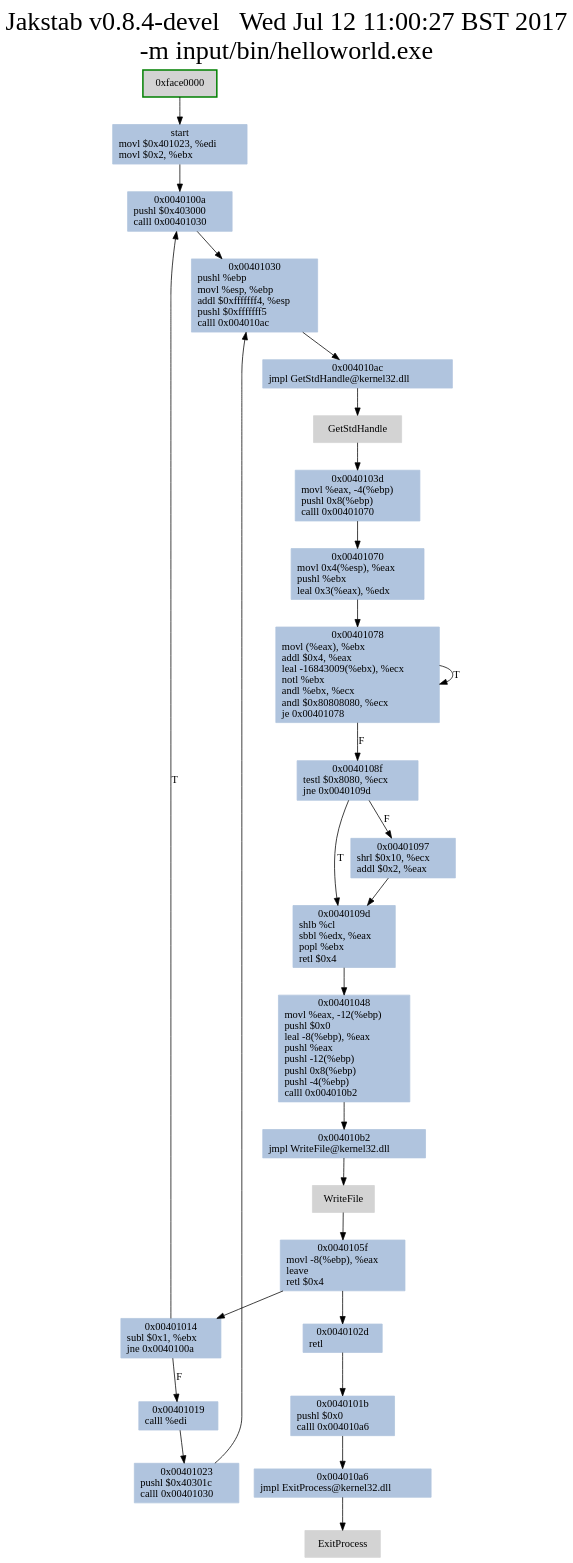
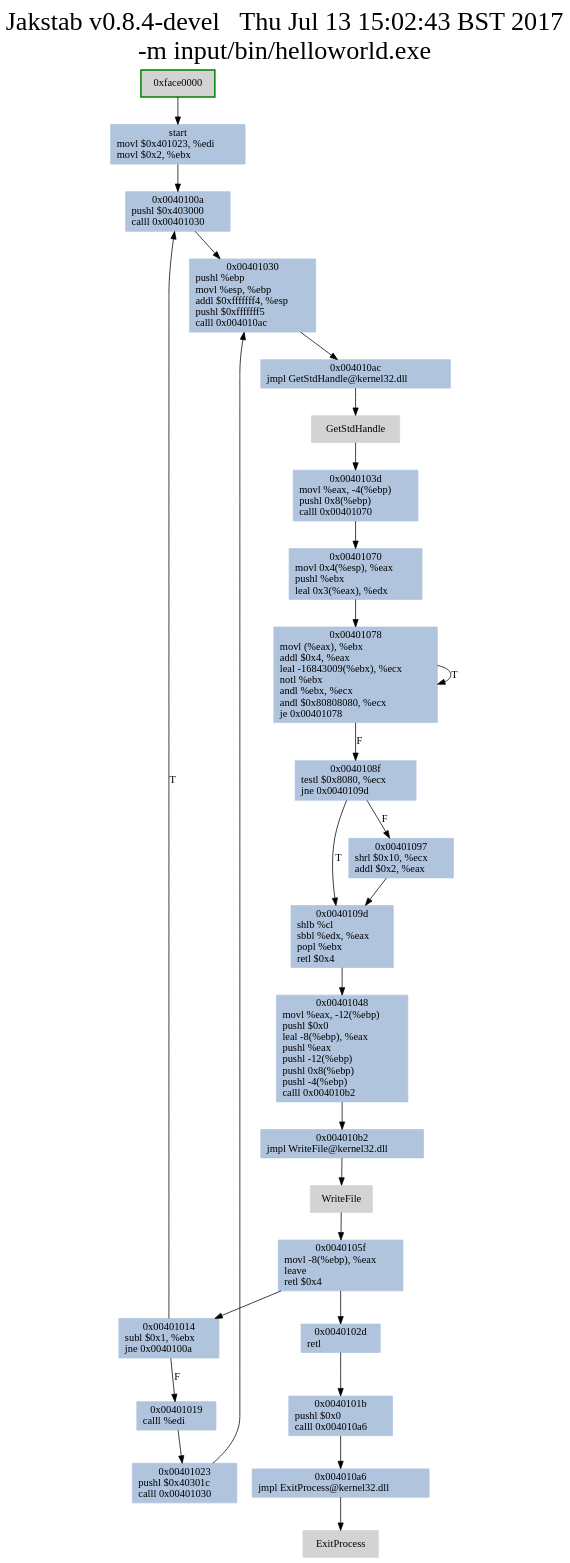
One commit to Dmium/jakstabCapstoneTesting changed the diagram in jkinder-jakstab-2555a70/input/bin/helloworld_asmcfg.dot. Above: the diagram before and after it, drawn with Graphviz. The commit also changed 5 other files, not shown here.

```diff
--- a/jkinder-jakstab-2555a70/input/bin/helloworld_asmcfg.dot
+++ b/jkinder-jakstab-2555a70/input/bin/helloworld_asmcfg.dot
@@ -1,53 +1,53 @@
 digraph G {
 node[shape=rectangle,style=filled,fillcolor=lightsteelblue,color=lightsteelblue]
 bgcolor="transparent"
-graph [label="Jakstab v0.8.4-devel   Wed Jul 12 11:00:27 BST 2017\n-m input/bin/helloworld.exe", labelloc=t, fontsize=35, pad=30]"0x00401000_0"[label="start\nmovl $0x401023, %edi\lmovl $0x2, %ebx\l"];
+graph [label="Jakstab v0.8.4-devel   Thu Jul 13 15:02:43 BST 2017\n-m input/bin/helloworld.exe", labelloc=t, fontsize=35, pad=30]"0x00401000_0"[label="start\nmovl $0x401023, %edi\lmovl $0x2, %ebx\l"];
 "0x0040100a_0"[label="0x0040100a\npushl $0x403000\lcalll 0x00401030\l"];
 "0x00401014_0"[label="0x00401014\nsubl $0x1, %ebx\ljne 0x0040100a\l"];
 "0x00401019_0"[label="0x00401019\ncalll %edi\l"];
 "0x0040101b_0"[label="0x0040101b\npushl $0x0\lcalll 0x004010a6\l"];
 "0x00401023_0"[label="0x00401023\npushl $0x40301c\lcalll 0x00401030\l"];
 "0x0040102d_0"[label="0x0040102d\nretl\l"];
 "0x00401030_0"[label="0x00401030\npushl %ebp\lmovl %esp, %ebp\laddl $0xfffffff4, %esp\lpushl $0xfffffff5\lcalll 0x004010ac\l"];
 "0x0040103d_0"[label="0x0040103d\nmovl %eax, -4(%ebp)\lpushl 0x8(%ebp)\lcalll 0x00401070\l"];
 "0x00401048_0"[label="0x00401048\nmovl %eax, -12(%ebp)\lpushl $0x0\lleal -8(%ebp), %eax\lpushl %eax\lpushl -12(%ebp)\lpushl 0x8(%ebp)\lpushl -4(%ebp)\lcalll 0x004010b2\l"];
 "0x0040105f_0"[label="0x0040105f\nmovl -8(%ebp), %eax\lleave \lretl $0x4\l"];
 "0x00401070_0"[label="0x00401070\nmovl 0x4(%esp), %eax\lpushl %ebx\lleal 0x3(%eax), %edx\l"];
 "0x00401078_0"[label="0x00401078\nmovl (%eax), %ebx\laddl $0x4, %eax\lleal -16843009(%ebx), %ecx\lnotl %ebx\landl %ebx, %ecx\landl $0x80808080, %ecx\lje 0x00401078\l"];
 "0x0040108f_0"[label="0x0040108f\ntestl $0x8080, %ecx\ljne 0x0040109d\l"];
 "0x00401097_0"[label="0x00401097\nshrl $0x10, %ecx\laddl $0x2, %eax\l"];
 "0x0040109d_0"[label="0x0040109d\nshlb %cl\lsbbl %edx, %eax\lpopl %ebx\lretl $0x4\l"];
 "0x004010a6_0"[label="0x004010a6\njmpl ExitProcess@kernel32.dll\l"];
 "0x004010ac_0"[label="0x004010ac\njmpl GetStdHandle@kernel32.dll\l"];
 "0x004010b2_0"[label="0x004010b2\njmpl WriteFile@kernel32.dll\l"];
 "0xface0000_0"[label="0xface0000\n",fillcolor="lightgrey",color="green",style="filled,bold"];
 "0xff000010_0"[label="WriteFile\n",fillcolor="lightgrey",color="lightgrey"];
 "0xff000020_0"[label="ExitProcess\n",fillcolor="lightgrey",color="lightgrey"];
 "0xff000030_0"[label="GetStdHandle\n",fillcolor="lightgrey",color="lightgrey"];
 "0x0040105f_0" -> "0x00401014_0" [color="#000000"];
 "0x00401078_0" -> "0x0040108f_0" [color="#000000",label="F"];
 "0x0040103d_0" -> "0x00401070_0" [color="#000000"];
 "0x0040105f_0" -> "0x0040102d_0" [color="#000000"];
 "0x0040108f_0" -> "0x0040109d_0" [color="#000000",label="T"];
 "0x0040102d_0" -> "0x0040101b_0" [color="#000000"];
 "0x004010ac_0" -> "0xff000030_0" [color="#000000"];
 "0x004010a6_0" -> "0xff000020_0" [color="#000000"];
 "0x0040100a_0" -> "0x00401030_0" [color="#000000"];
 "0x00401014_0" -> "0x00401019_0" [color="#000000",label="F"];
 "0x00401078_0" -> "0x00401078_0" [color="#000000",label="T"];
 "0x004010b2_0" -> "0xff000010_0" [color="#000000"];
 "0x0040101b_0" -> "0x004010a6_0" [color="#000000"];
 "0xface0000_0" -> "0x00401000_0" [color="#000000"];
 "0x0040109d_0" -> "0x00401048_0" [color="#000000"];
 "0xff000010_0" -> "0x0040105f_0" [color="#000000"];
 "0x00401019_0" -> "0x00401023_0" [color="#000000"];
 "0x00401070_0" -> "0x00401078_0" [color="#000000"];
 "0x00401048_0" -> "0x004010b2_0" [color="#000000"];
 "0xff000030_0" -> "0x0040103d_0" [color="#000000"];
 "0x00401097_0" -> "0x0040109d_0" [color="#000000"];
 "0x00401030_0" -> "0x004010ac_0" [color="#000000"];
 "0x0040108f_0" -> "0x00401097_0" [color="#000000",label="F"];
 "0x00401000_0" -> "0x0040100a_0" [color="#000000"];
 "0x00401023_0" -> "0x00401030_0" [color="#000000"];
 "0x00401014_0" -> "0x0040100a_0" [color="#000000",label="T"];
 }
```
